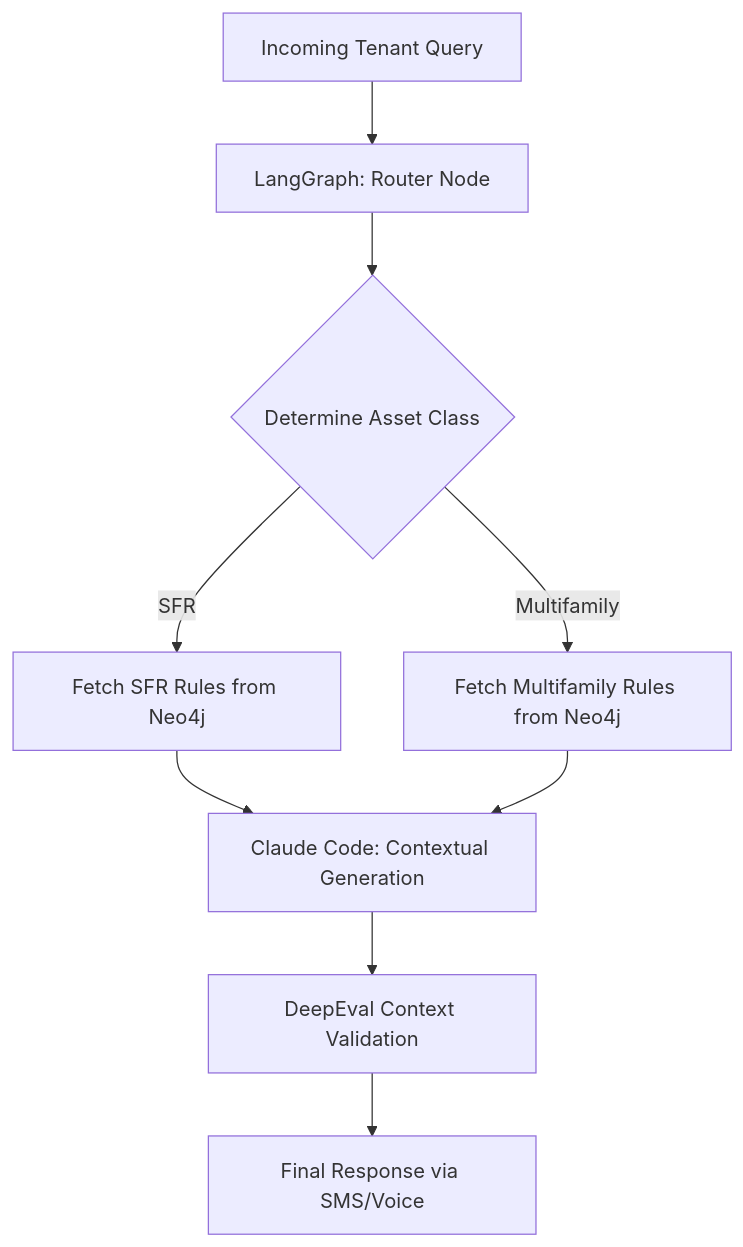
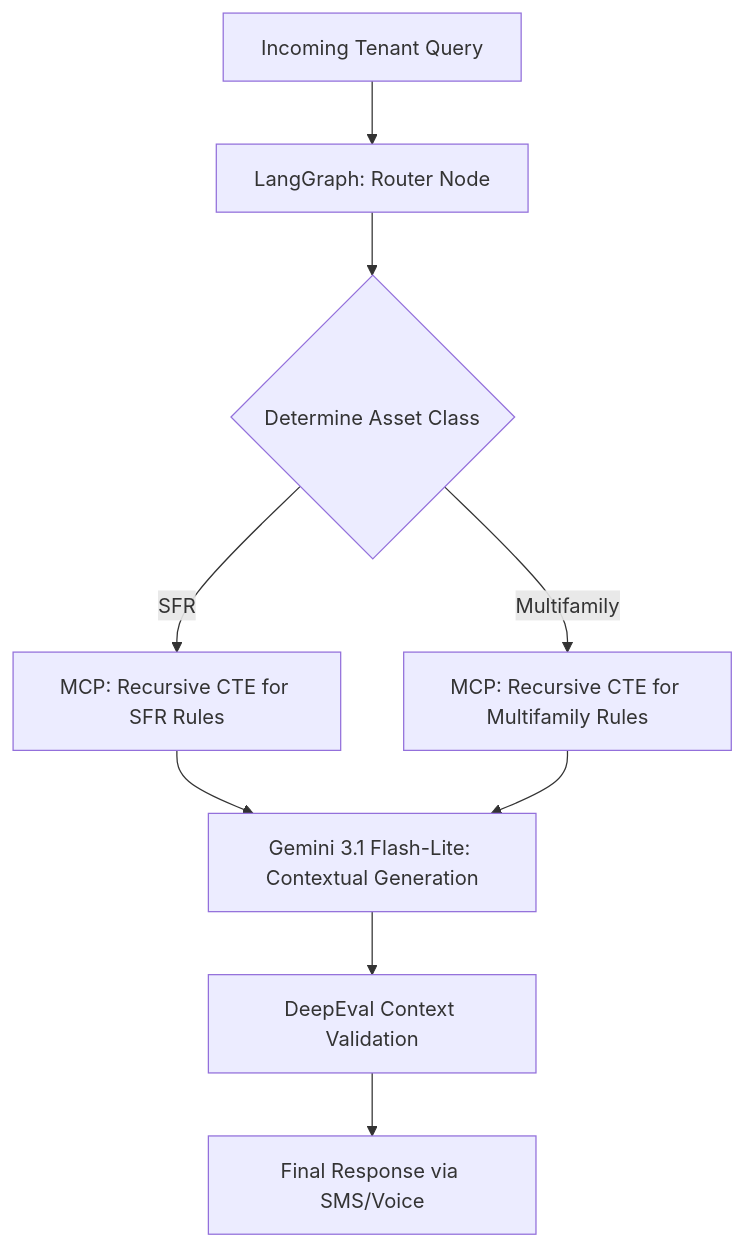
One commit to kaushalbalagurusamy/housing-agent-demo changed the diagram in docs/phase_5_cross_asset_localization.md. Above: the diagram before and after it, drawn with Mermaid. The commit also changed other lines of this file and 4 other files, not shown here.

Commit message:
docs: pivot to PostgreSQL architecture and Gemini 3.1 Flash-Lite agents

````diff
--- a/docs/phase_5_cross_asset_localization.md
+++ b/docs/phase_5_cross_asset_localization.md
@@ -30,11 +30,11 @@
 ```mermaid
 graph TD
     A[Incoming Tenant Query] --> B[LangGraph: Router Node]
     B --> C{Determine Asset Class}
-    C -->|SFR| D[Fetch SFR Rules from Neo4j]
-    C -->|Multifamily| E[Fetch Multifamily Rules from Neo4j]
-    D --> F[Claude Code: Contextual Generation]
+    C -->|SFR| D[MCP: Recursive CTE for SFR Rules]
+    C -->|Multifamily| E[MCP: Recursive CTE for Multifamily Rules]
+    D --> F[Gemini 3.1 Flash-Lite: Contextual Generation]
     E --> F
     F --> G[DeepEval Context Validation]
     G --> H[Final Response via SMS/Voice]
 ```
````
